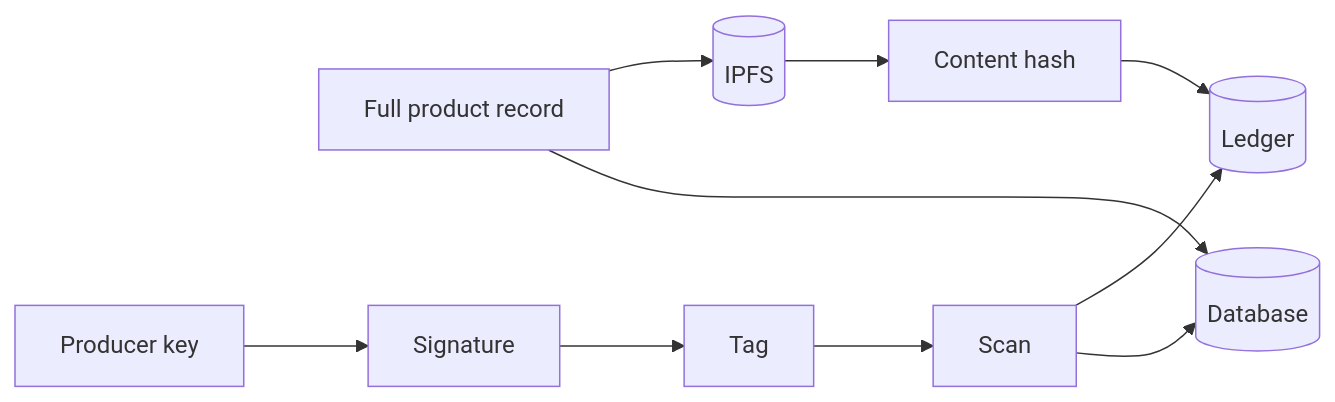
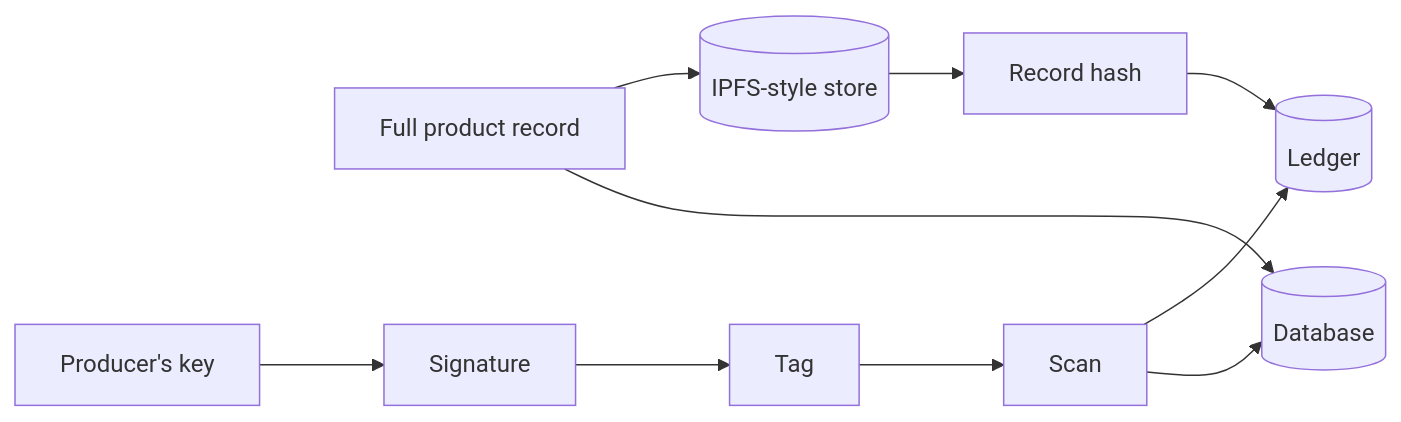
Before and after one commit to riteshpandey2024-cyber/BlockChainAuth: the fifth of 5 diagrams in PROJECT_DESIGN_EXPLAINED.md, drawn with Mermaid. The commit also changed other lines of this file and 4 other files, not shown here.

````diff
--- a/PROJECT_DESIGN_EXPLAINED.md
+++ b/PROJECT_DESIGN_EXPLAINED.md
@@ -514,12 +383,12 @@
 ```mermaid
 flowchart LR
-    REC["Full product record"] --> IPFS[("IPFS")]
+    REC["Full product record"] --> IPFS[("IPFS-style store")]
     REC --> DBS[("Database")]
-    IPFS --> H["Content hash"]
+    IPFS --> H["Record hash"]
     H --> LED[("Ledger")]
-    KEY["Producer key"] --> SIG["Signature"]
+    KEY["Producer's key"] --> SIG["Signature"]
     SIG --> TAG["Tag"]
     TAG --> SCAN["Scan"]
     SCAN --> LED
     SCAN --> DBS
 ```
````
